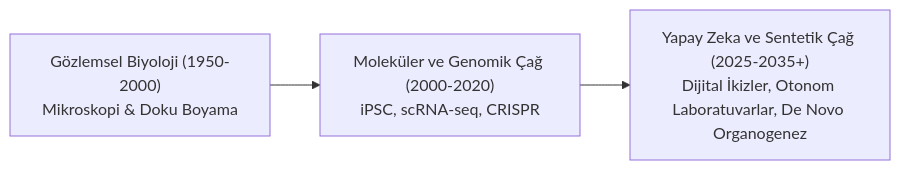
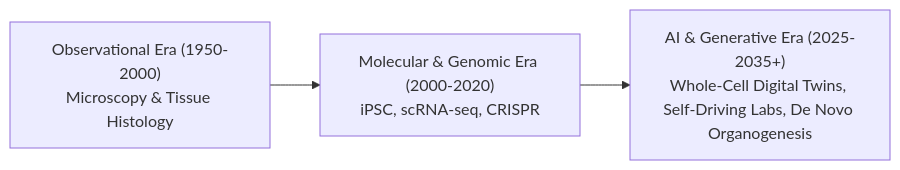
The diagram in README.md (bahattinyunus/hacettepe-stem-cell), drawn with Mermaid before and after one commit. The commit also changed other lines of this file and 15 other files, not shown here.

````diff
--- a/README.md
+++ b/README.md
@@ -44,5 +54,5 @@
 ```mermaid
 graph LR
-    A["Gözlemsel Biyoloji (1950-2000)<br/>Mikroskopi & Doku Boyama"] --> B["Moleküler ve Genomik Çağ (2000-2020)<br/>iPSC, scRNA-seq, CRISPR"]
-    B --> C["Yapay Zeka ve Sentetik Çağ (2025-2035+)<br/>Dijital İkizler, Otonom Laboratuvarlar, De Novo Organogenez"]
+    A["Observational Era (1950-2000)<br/>Microscopy & Tissue Histology"] --> B["Molecular & Genomic Era (2000-2020)<br/>iPSC, scRNA-seq, CRISPR"]
+    B --> C["AI & Generative Era (2025-2035+)<br/>Whole-Cell Digital Twins, Self-Driving Labs, De Novo Organogenesis"]
 ```
````
